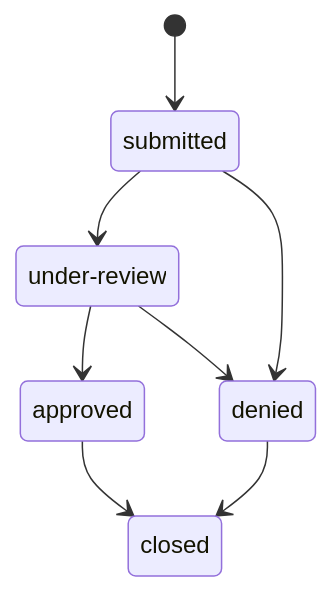
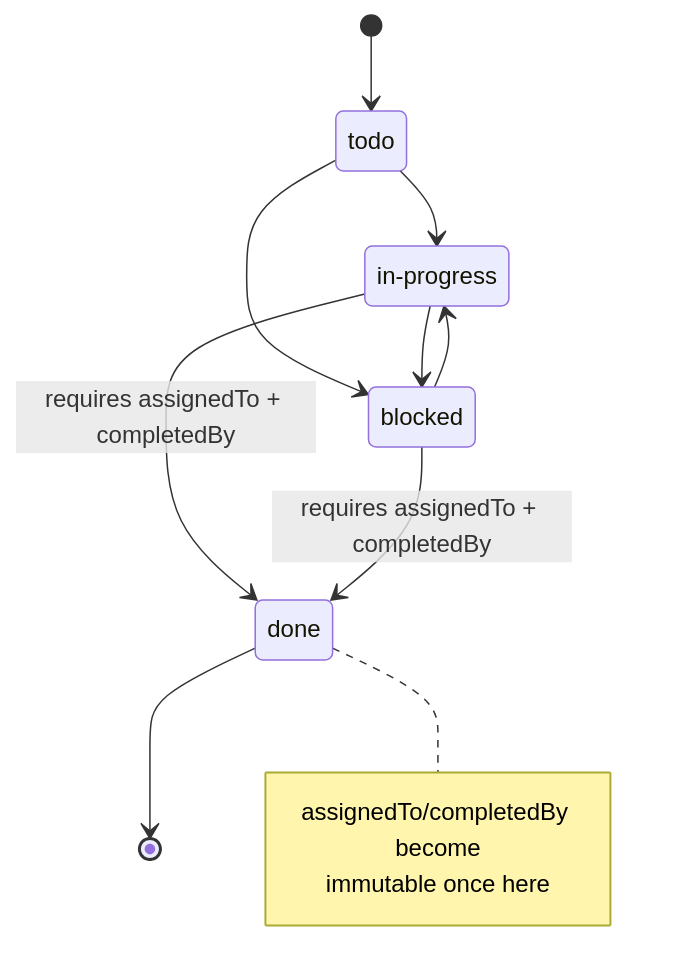
Before and after one commit to iltStudent11/FSEP-Final-Project-Task-Tracker: the second of 2 diagrams in docs/DESIGN.md, drawn with Mermaid. The commit also changed other lines of this file, not shown here.

````diff
--- a/docs/DESIGN.md
+++ b/docs/DESIGN.md
@@ -98,11 +107,16 @@
 ```mermaid
 stateDiagram-v2
-    state "under-review" as under_review
-    [*] --> submitted
-    submitted --> under_review
-    submitted --> denied
-    under_review --> approved
-    under_review --> denied
-    approved --> closed
-    denied --> closed
+    state "in-progress" as in_progress
+    [*] --> todo
+    todo --> in_progress
+    todo --> blocked
+    in_progress --> blocked
+    in_progress --> done: requires assignedTo + completedBy
+    blocked --> in_progress
+    blocked --> done: requires assignedTo + completedBy
+    done --> [*]
+    note right of done
+        assignedTo/completedBy become
+        immutable once here
+    end note
 ```
````
